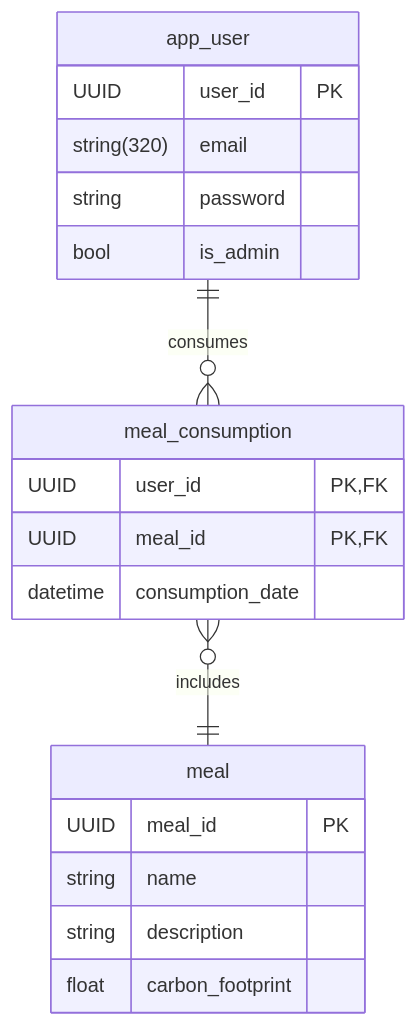
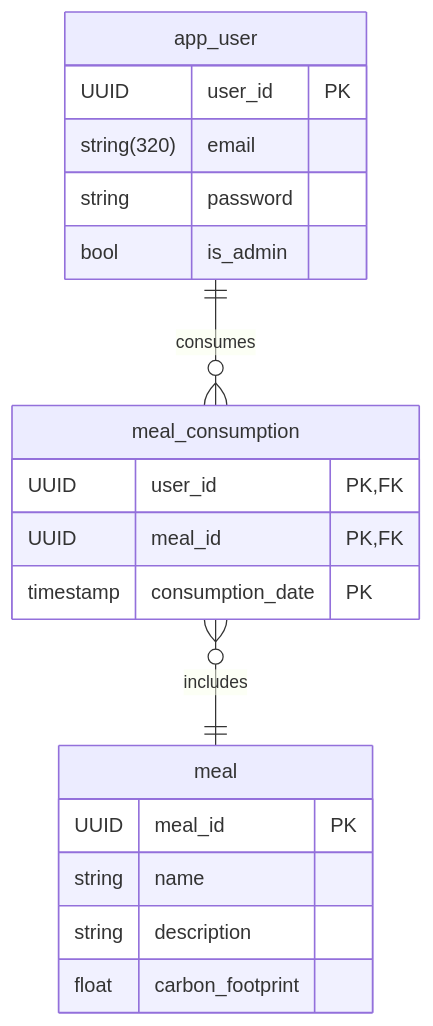
Before and after one commit to louis-marceron/web-project-ig3-back: the diagram in README.md, drawn with Mermaid. The commit also changed 6 other files, not shown here.

````diff
--- a/README.md
+++ b/README.md
@@ -30,25 +30,25 @@
 ```mermaid
 erDiagram
 app_user {
     UUID user_id PK
     string(320) email
     string password
     bool is_admin
 }
 
 meal {
     UUID meal_id PK
     string name
     string description
     float carbon_footprint
 }
 
 meal_consumption {
     UUID user_id PK,FK
     UUID meal_id PK,FK
-    datetime consumption_date
+    timestamp consumption_date PK
 }
 
 app_user ||--o{ meal_consumption : consumes
 meal_consumption }o--|| meal : includes
 ```
````
